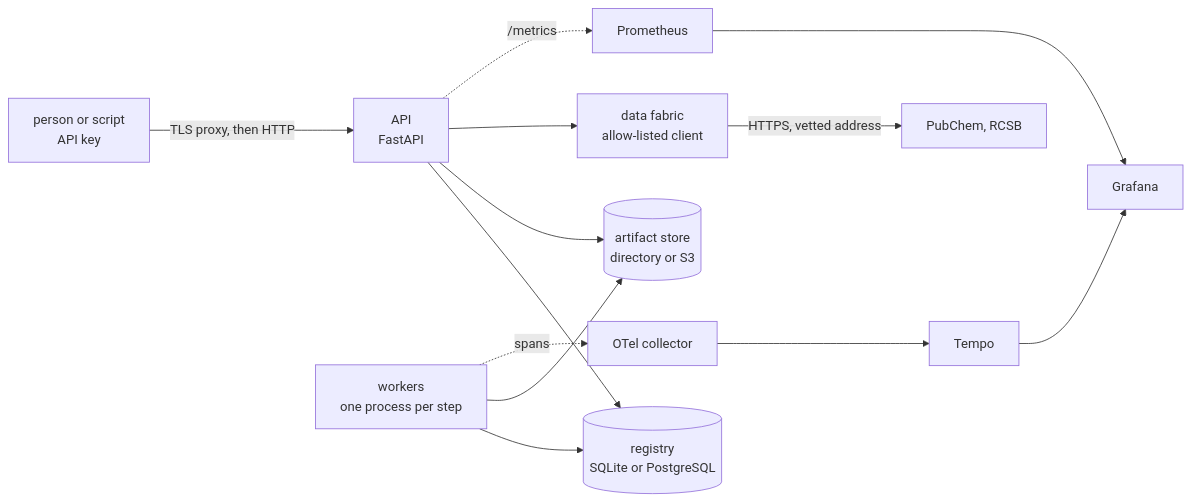
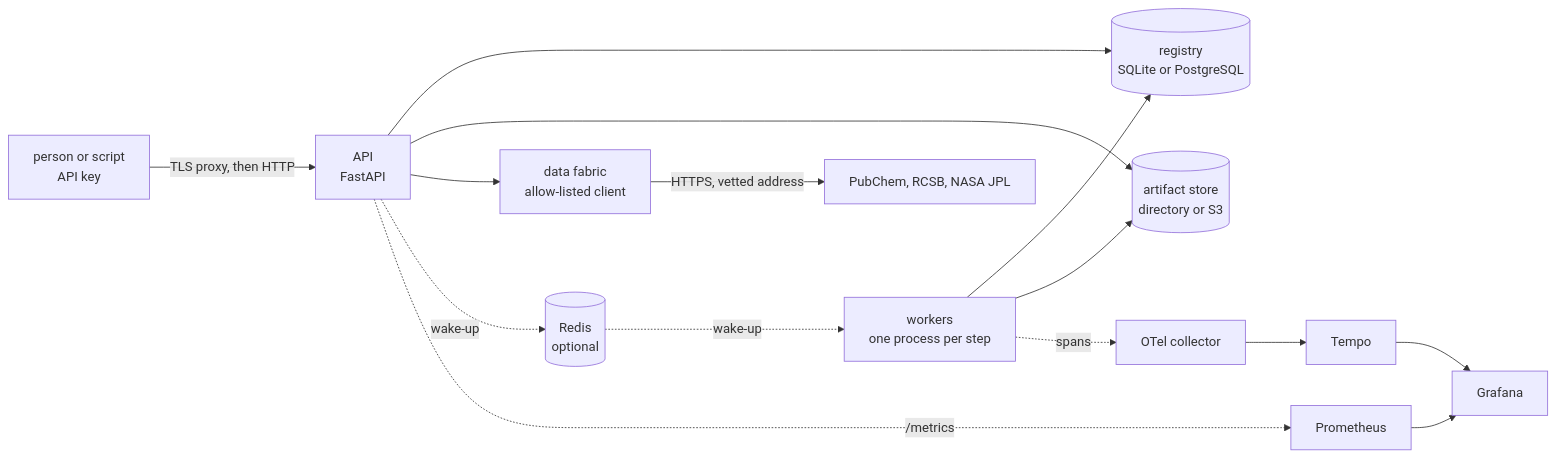
Before and after one commit to hastikacheddy/substrate: the diagram in docs/platform.md, drawn with Mermaid. The commit also changed other lines of this file and 11 other files, not shown here.

````diff
--- a/docs/platform.md
+++ b/docs/platform.md
@@ -10,11 +10,12 @@
 ```mermaid
 flowchart LR
     client["person or script<br/>API key"] -->|"TLS proxy, then HTTP"| api["API<br/>FastAPI"]
     api --> reg[("registry<br/>SQLite or PostgreSQL")]
     api --> store[("artifact store<br/>directory or S3")]
-    api --> fabric["data fabric<br/>allow-listed client"] -->|"HTTPS, vetted address"| ext["PubChem, RCSB"]
+    api --> fabric["data fabric<br/>allow-listed client"] -->|"HTTPS, vetted address"| ext["PubChem, RCSB, NASA JPL"]
     worker["workers<br/>one process per step"] --> reg
     worker --> store
+    api -. "wake-up" .-> redis[("Redis<br/>optional")] -. "wake-up" .-> worker
     api -. "/metrics" .-> prom["Prometheus"] --> graf["Grafana"]
     worker -. "spans" .-> col["OTel collector"] --> tempo["Tempo"] --> graf
 ```
````
